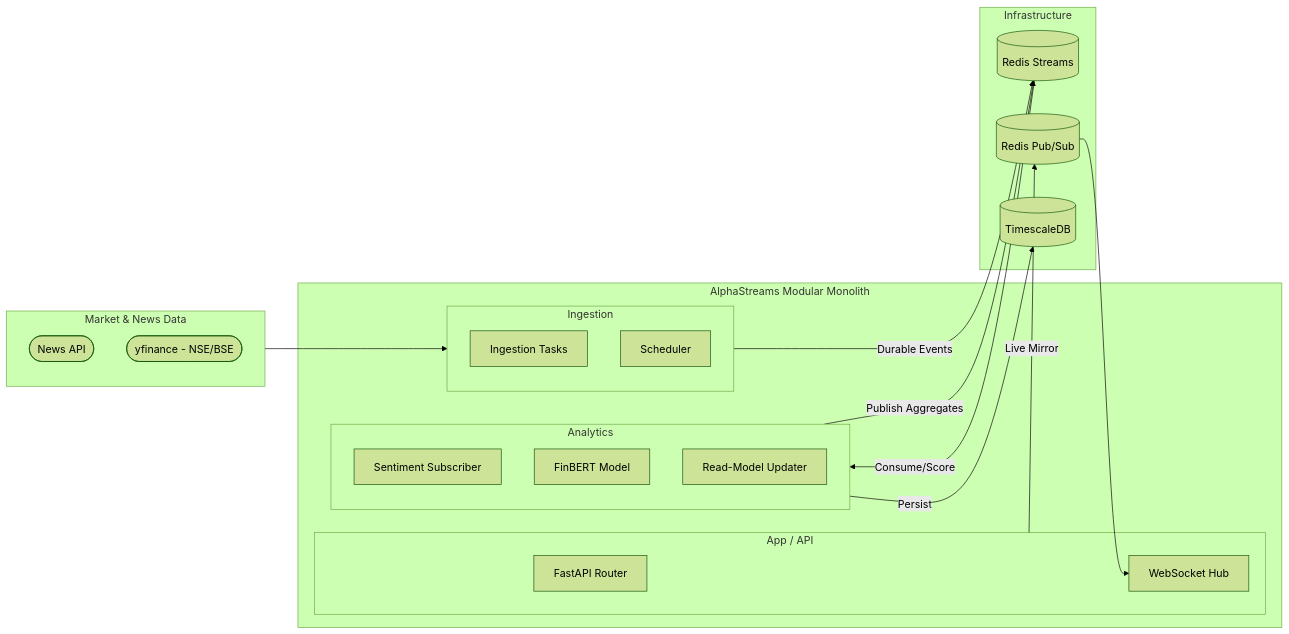
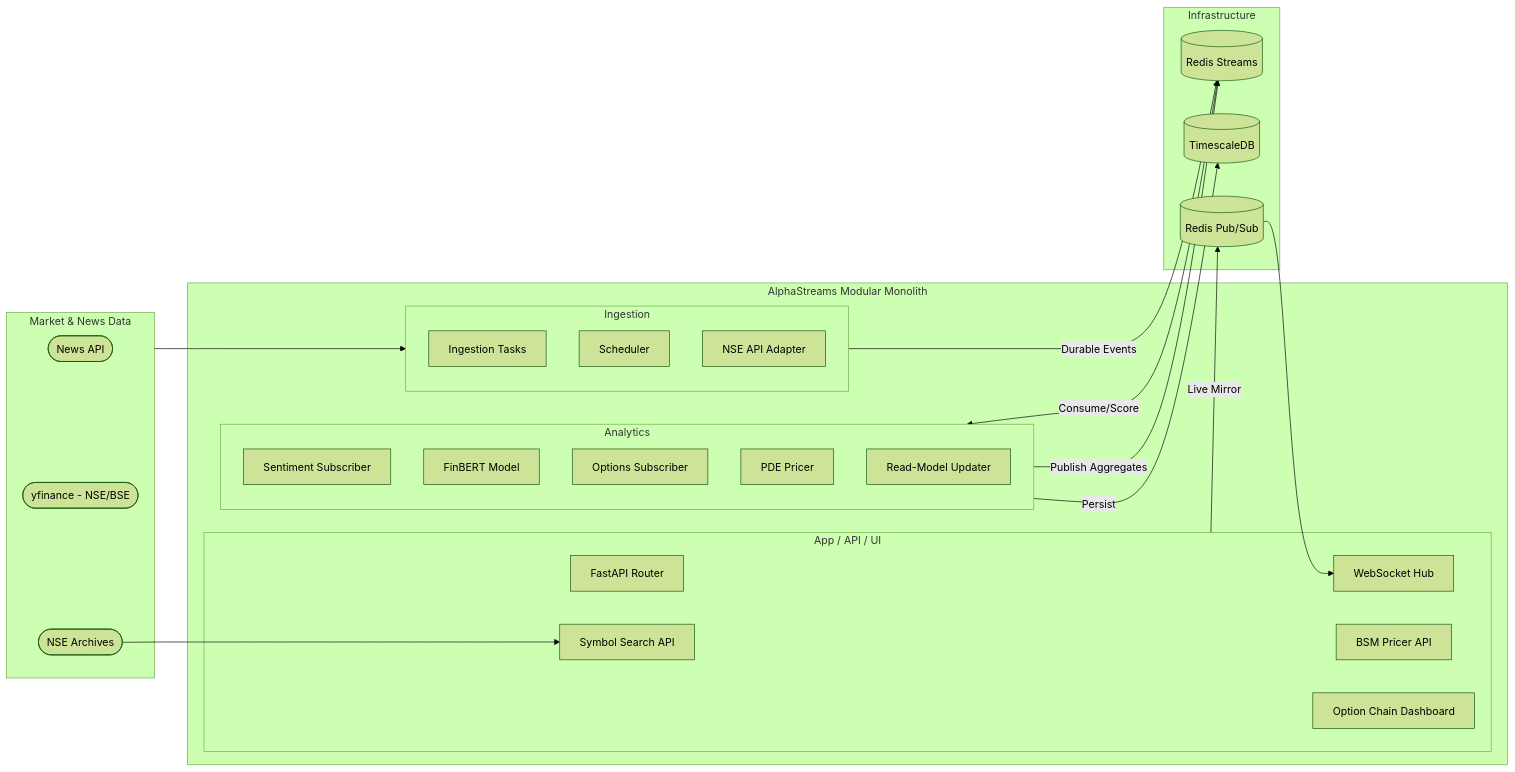
The first of 3 diagrams in README.md (NirmayKadam/Shani), drawn with Mermaid (forest theme) before and after one commit. The commit also changed other lines of this file and 46 other files, not shown here.

````diff
--- a/README.md
+++ b/README.md
@@ -39,40 +71,48 @@
 ```mermaid
 graph LR
     subgraph External_Sources [Market & News Data]
         NewsAPI([News API])
         YFinance([yfinance - NSE/BSE])
+        NseArchives([NSE Archives])
     end
 
     subgraph App_Domain [AlphaStreams Modular Monolith]
         subgraph Ingestion_Context [Ingestion]
             CeleryTasks[Ingestion Tasks]
             CeleryBeat[Scheduler]
+            NseAdapter[NSE API Adapter]
         end
 
         subgraph Analytics_Context [Analytics]
             SentimentSub[Sentiment Subscriber]
             FinBERT[FinBERT Model]
+            OptionsSub[Options Subscriber]
+            CrankNicolson[PDE Pricer]
             AggregateUpdater[Read-Model Updater]
         end
 
-        subgraph App_Context [App / API]
+        subgraph App_Context [App / API / UI]
             FastAPI[FastAPI Router]
             WSServer[WebSocket Hub]
+            BSMPricer[BSM Pricer API]
+            SymbolSearch[Symbol Search API]
+            StaticUI[Option Chain Dashboard]
         end
     end
 
     subgraph Infrastructure
         RedisStreams[(Redis Streams)]
         RedisPubSub[(Redis Pub/Sub)]
         TimescaleDB[(TimescaleDB)]
     end
 
     %% Flow
     External_Sources --> Ingestion_Context
+    NseArchives --> SymbolSearch
     Ingestion_Context -- "Durable Events" --> RedisStreams
     RedisStreams -- "Consume/Score" --> Analytics_Context
     Analytics_Context -- "Persist" --> TimescaleDB
     Analytics_Context -- "Publish Aggregates" --> RedisStreams
     App_Context -- "Live Mirror" --> RedisPubSub
     RedisPubSub --> WSServer
 ```
````
